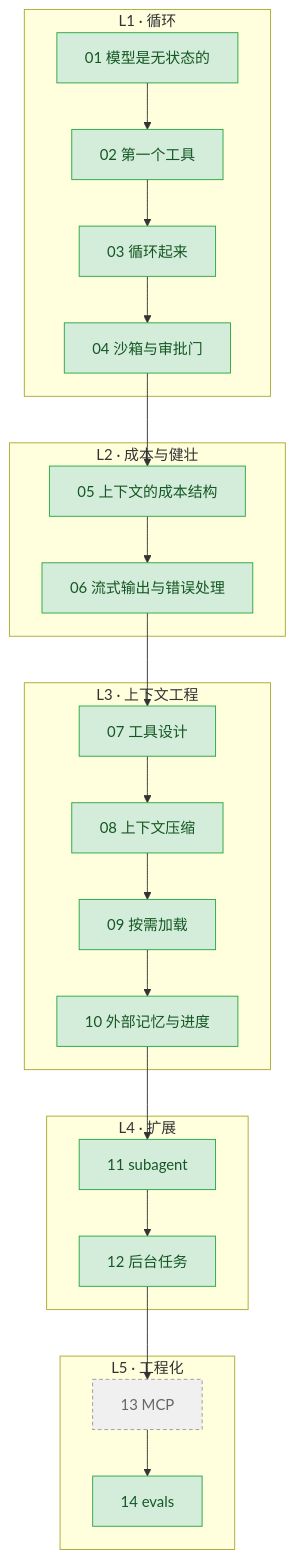
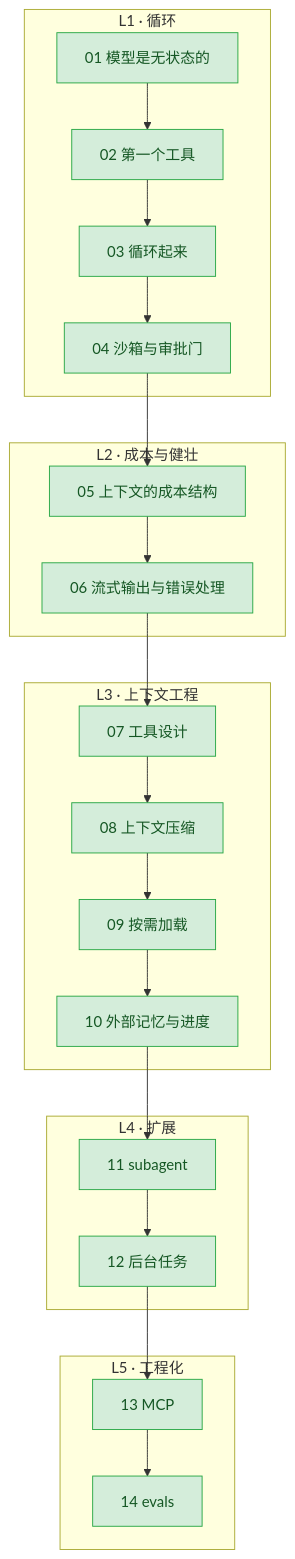
The diagram in README.md (hongaah/Learn-agent), drawn with Mermaid before and after one commit. The commit also changed other lines of this file and 6 other files, not shown here.

Commit message:
docs: 13 课 MCP + 附录 A/B，路线图定稿（十四课两附录全部完成）

````diff
--- a/README.md
+++ b/README.md
@@ -49,32 +49,30 @@
 ```mermaid
 flowchart TD
     subgraph L1["L1 · 循环"]
         C01["01 模型是无状态的"] --> C02["02 第一个工具"] --> C03["03 循环起来"] --> C04["04 沙箱与审批门"]
     end
 
     subgraph L2["L2 · 成本与健壮"]
         C05["05 上下文的成本结构"] --> C06["06 流式输出与错误处理"]
     end
 
     subgraph L3["L3 · 上下文工程"]
         C07["07 工具设计"] --> C08["08 上下文压缩"] --> C09["09 按需加载"] --> C10["10 外部记忆与进度"]
     end
 
     subgraph L4["L4 · 扩展"]
         C11["11 subagent"] --> C12["12 后台任务"]
     end
 
     subgraph L5["L5 · 工程化"]
         C13["13 MCP"] --> C14["14 evals"]
     end
 
     C04 --> C05
     C06 --> C07
     C10 --> C11
     C12 --> C13
 
     classDef done fill:#d4edda,stroke:#28a745,color:#155724;
-    classDef planned fill:#f0f0f0,stroke:#999,color:#666,stroke-dasharray: 4 3;
-    class C01,C02,C03,C04,C05,C06,C07,C08,C09,C10,C11,C12,C14 done;
-    class C13 planned;
+    class C01,C02,C03,C04,C05,C06,C07,C08,C09,C10,C11,C12,C13,C14 done;
 ```
````
